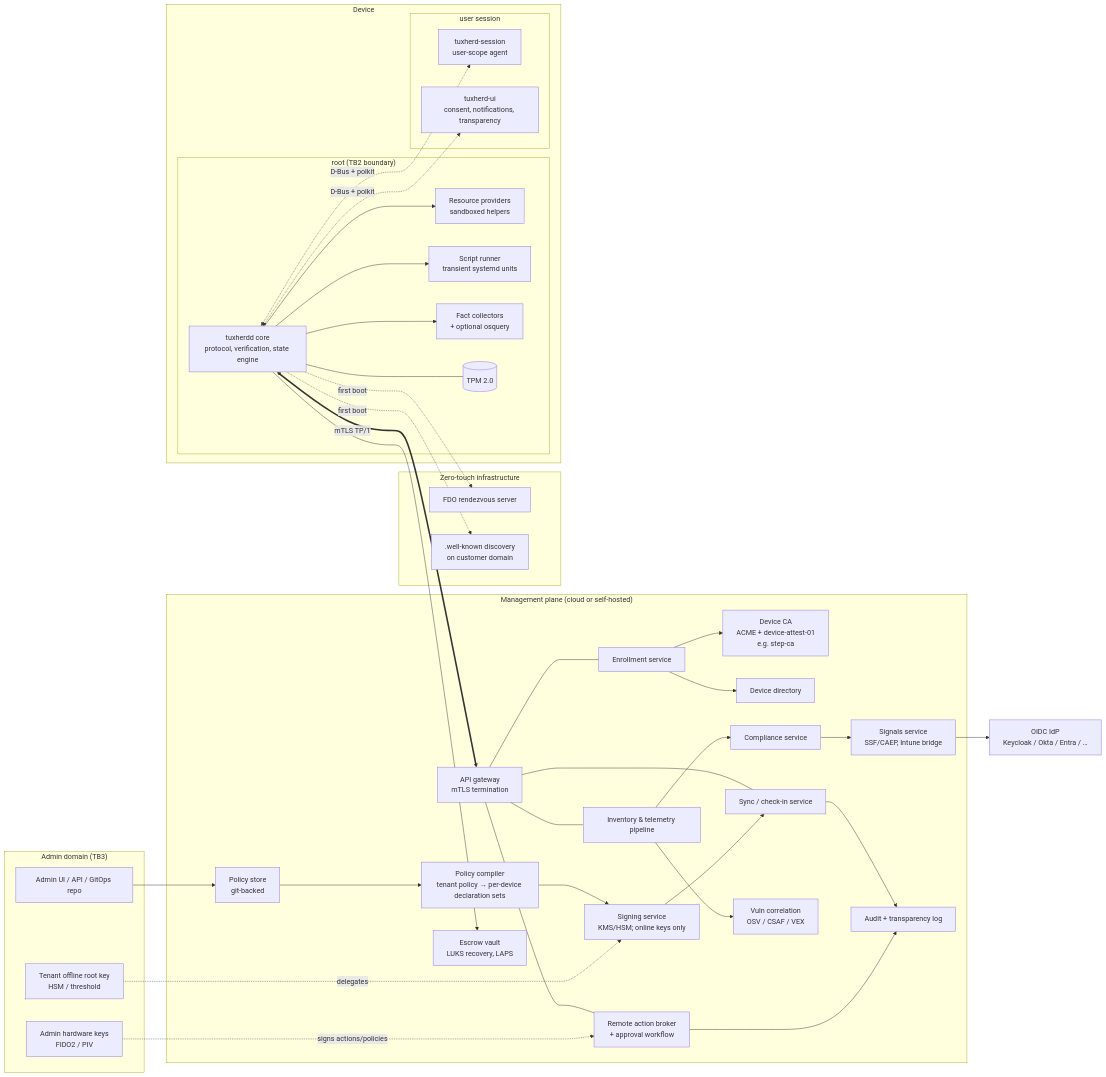
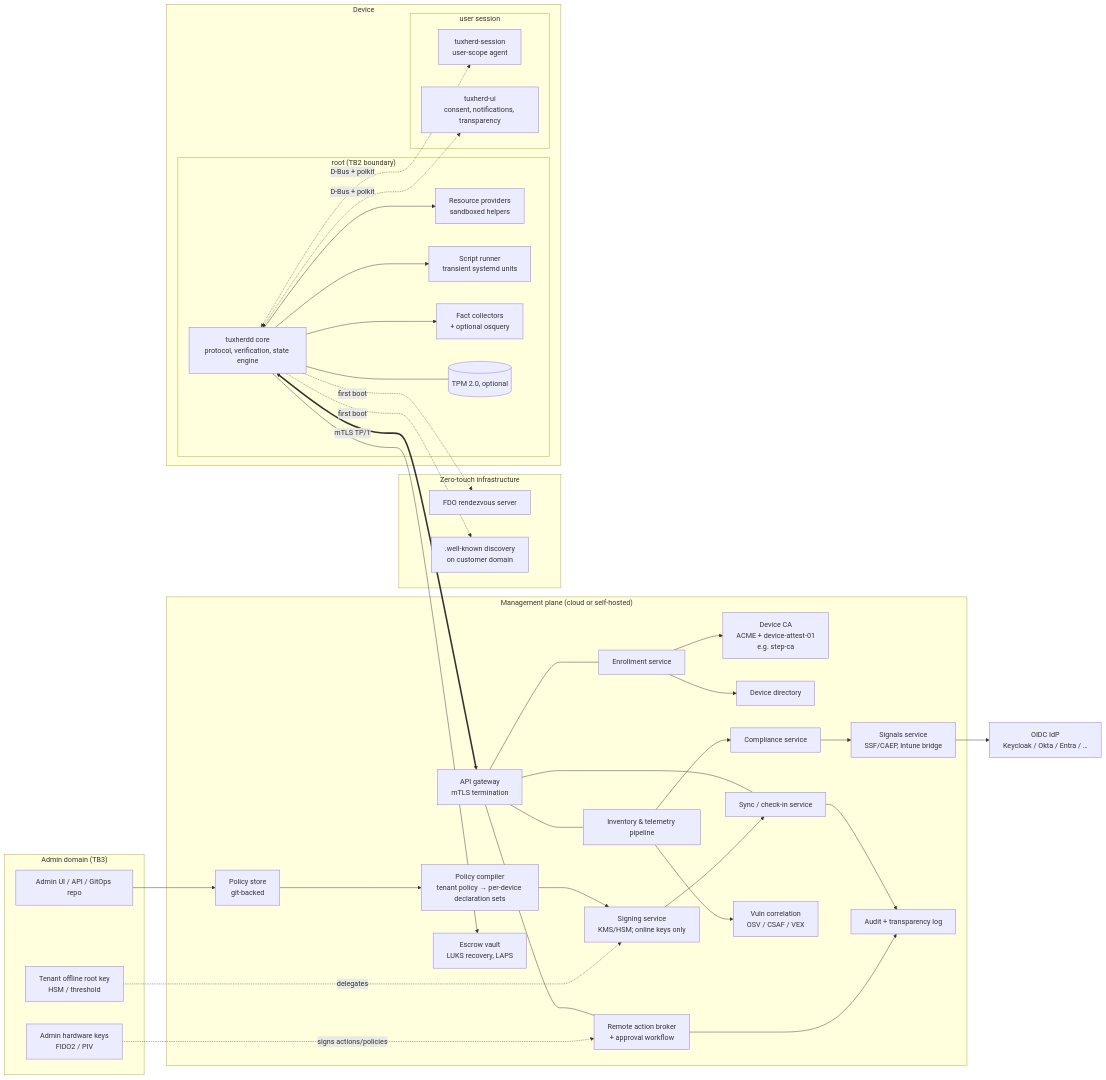
The first of 2 diagrams in DESIGN.md (nissifield/tuxherd), drawn with Mermaid before and after one commit. The commit also changed other lines of this file and 1 other file, not shown here.

First line of the commit message:
docs: TPM is never required - optional assurance upgrade only

````diff
--- a/DESIGN.md
+++ b/DESIGN.md
@@ -111,65 +111,65 @@
 ```mermaid
 flowchart LR
   subgraph Admin["Admin domain (TB3)"]
     AUI[Admin UI / API / GitOps repo]
     AKEY[Admin hardware keys<br/>FIDO2 / PIV]
     ROOT[Tenant offline root key<br/>HSM / threshold]
   end
 
   subgraph MP["Management plane (cloud or self-hosted)"]
     GW[API gateway<br/>mTLS termination]
     ENR[Enrollment service]
     CA[Device CA<br/>ACME + device-attest-01<br/>e.g. step-ca]
     DIR[Device directory]
     PS[Policy store<br/>git-backed]
     PC[Policy compiler<br/>tenant policy → per-device declaration sets]
     SIG[Signing service<br/>KMS/HSM; online keys only]
     SYNC[Sync / check-in service]
     AB[Remote action broker<br/>+ approval workflow]
     INV[Inventory & telemetry pipeline]
     CE[Compliance service]
     VULN[Vuln correlation<br/>OSV / CSAF / VEX]
     SIGN[Signals service<br/>SSF/CAEP, Intune bridge]
     AUD[Audit + transparency log]
     ESC[Escrow vault<br/>LUKS recovery, LAPS]
   end
 
   subgraph ZT["Zero-touch infrastructure"]
     RV[FDO rendezvous server]
     WK[.well-known discovery<br/>on customer domain]
   end
 
   subgraph Dev["Device"]
     subgraph Root["root (TB2 boundary)"]
       CORE[tuxherdd core<br/>protocol, verification, state engine]
       PROV[Resource providers<br/>sandboxed helpers]
       RUN[Script runner<br/>transient systemd units]
       COL[Fact collectors<br/>+ optional osquery]
-      TPM[(TPM 2.0)]
+      TPM[(TPM 2.0, optional)]
     end
     subgraph User["user session"]
       SESS[tuxherd-session<br/>user-scope agent]
       UI[tuxherd-ui<br/>consent, notifications, transparency]
     end
   end
 
   IDP[OIDC IdP<br/>Keycloak / Okta / Entra / …]
 
   AUI --> PS
   AKEY -. signs actions/policies .-> AB
   ROOT -. delegates .-> SIG
   PS --> PC --> SIG --> SYNC
   GW --- ENR & SYNC & AB & INV
   ENR --> CA
   ENR --> DIR
   INV --> CE --> SIGN --> IDP
   INV --> VULN
   AB --> AUD
   SYNC --> AUD
   CORE <== mTLS TP/1 ==> GW
   CORE --- TPM
   CORE --> PROV & RUN & COL
   CORE <-. D-Bus + polkit .-> SESS & UI
   CORE -. first boot .-> RV & WK
   CORE --> ESC
 ```
````
